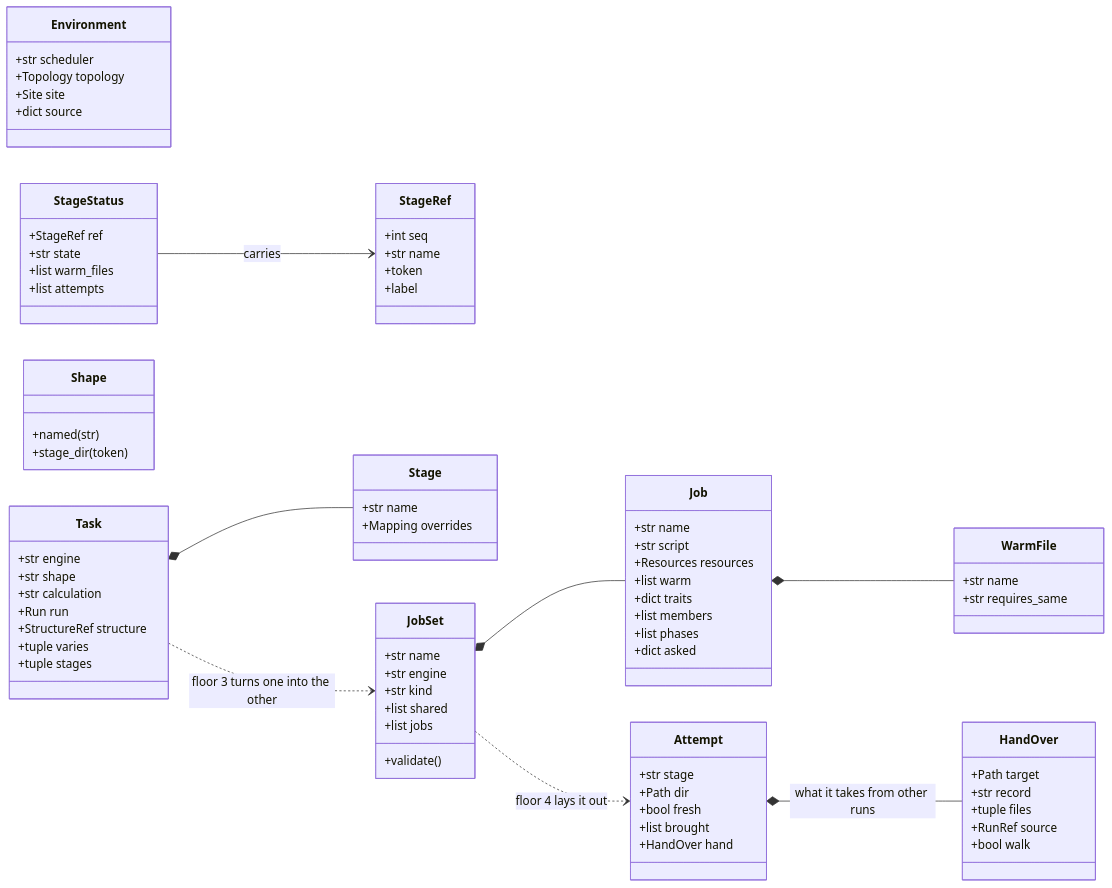
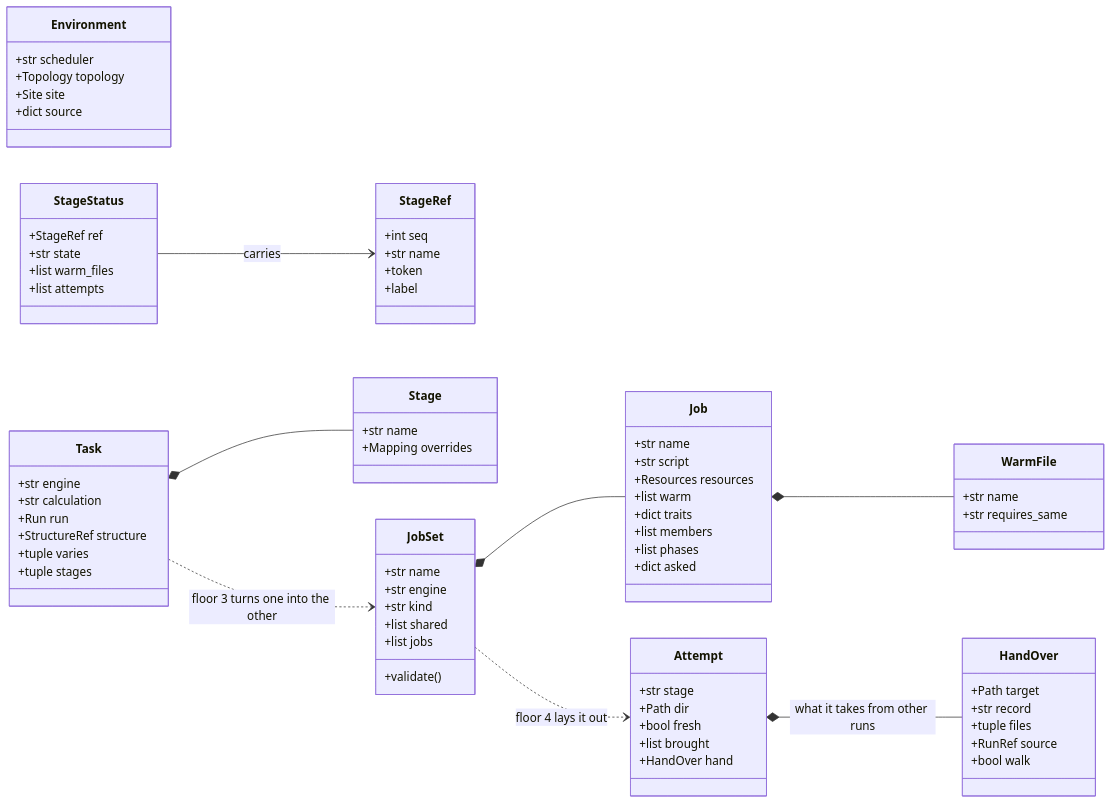
Before and after one commit to Qing-LAB/molbuilder: the third of 10 diagrams in docs/execution/architecture.md, drawn with Mermaid. The commit also changed other lines of this file and 193 other files, not shown here.

````diff
--- a/docs/execution/architecture.md
+++ b/docs/execution/architecture.md
@@ -309,82 +305,77 @@
 ```mermaid
 classDiagram
     direction LR
     class StageRef {
       +int seq
       +str name
       +token
       +label
     }
     class Environment {
       +str scheduler
       +Topology topology
       +Site site
       +dict source
     }
     class Task {
       +str engine
-      +str shape
       +str calculation
       +Run run
       +StructureRef structure
       +tuple varies
       +tuple stages
     }
     class Stage {
       +str name
       +Mapping overrides
     }
     class JobSet {
       +str name
       +str engine
       +str kind
       +list shared
       +list jobs
       +validate()
     }
     class Job {
       +str name
       +str script
       +Resources resources
       +list warm
       +dict traits
       +list members
       +list phases
       +dict asked
     }
     class WarmFile {
       +str name
       +str requires_same
     }
-    class Shape {
-      +named(str)
-      +stage_dir(token)
-    }
     class Attempt {
       +str stage
       +Path dir
       +bool fresh
       +list brought
       +HandOver hand
     }
     class HandOver {
       +Path target
       +str record
       +tuple files
       +RunRef source
       +bool walk
     }
     class StageStatus {
       +StageRef ref
       +str state
       +list warm_files
       +list attempts
     }
     Task *-- Stage
     JobSet *-- Job
     Job *-- WarmFile
     StageStatus --> StageRef : carries
     Task ..> JobSet : floor 3 turns one into the other
     JobSet ..> Attempt : floor 4 lays it out
     Attempt *-- HandOver : what it takes from other runs
 ```
````
